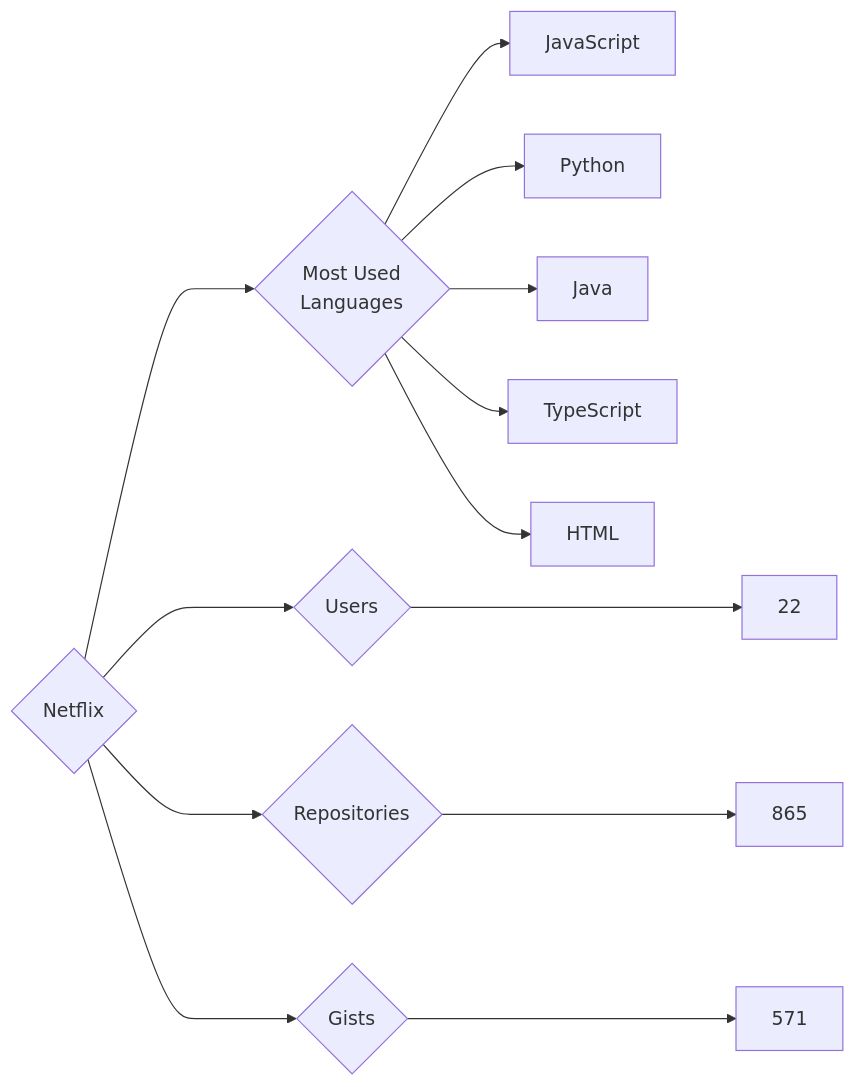
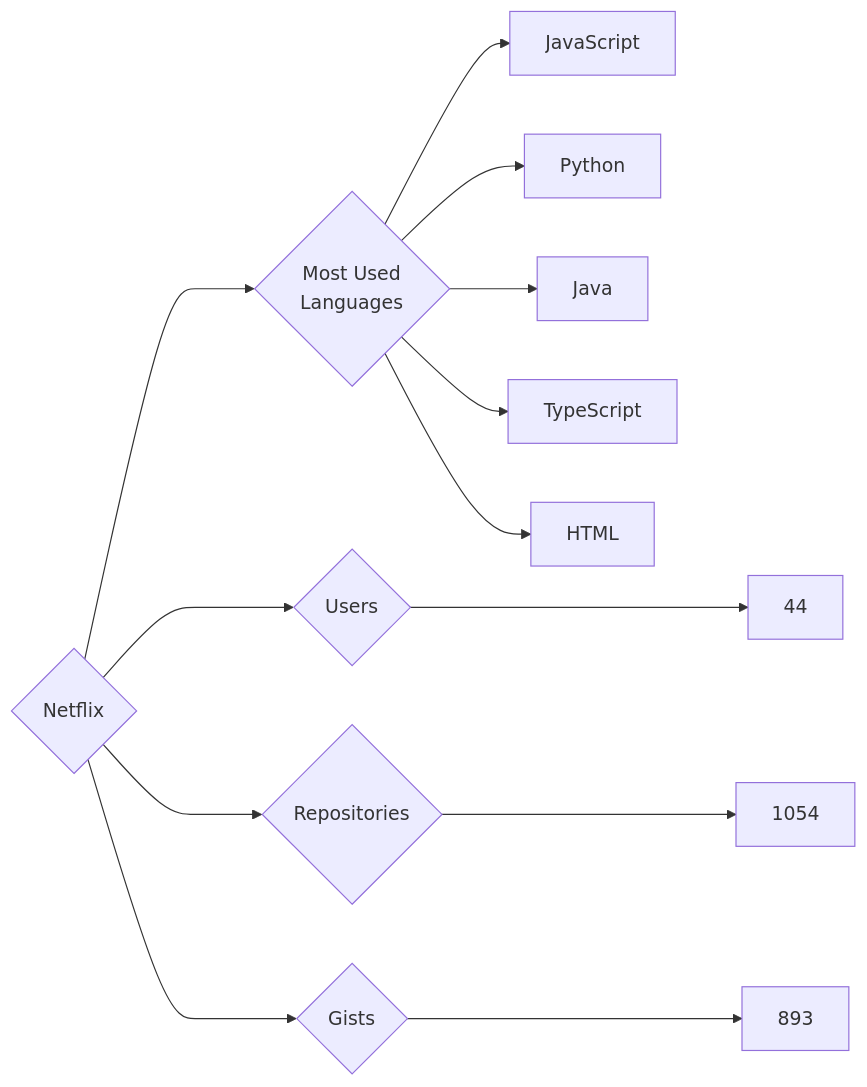
The diagram in targets/Netflix/README.md (trickest/insiders), drawn with Mermaid before and after one commit. The commit also changed 833 other files, not shown here.

````diff
--- a/targets/Netflix/README.md
+++ b/targets/Netflix/README.md
@@ -3,13 +3,13 @@
 ```mermaid
 graph LR
 COMPANY_NAME{Netflix}
-COMPANY_NAME ---> U{Users} ---> UN[22]
-COMPANY_NAME ---> R{Repositories} ---> RN[865]
-COMPANY_NAME ---> G{Gists} ---> GN[571]
+COMPANY_NAME ---> U{Users} ---> UN[44]
+COMPANY_NAME ---> R{Repositories} ---> RN[1054]
+COMPANY_NAME ---> G{Gists} ---> GN[893]
 COMPANY_NAME ---> ML{Most Used<br>Languages}
 ML --> JavaScript[JavaScript]
 ML --> Python[Python]
 ML --> Java[Java]
 ML --> TypeScript[TypeScript]
 ML --> HTML[HTML]
 ```
````
